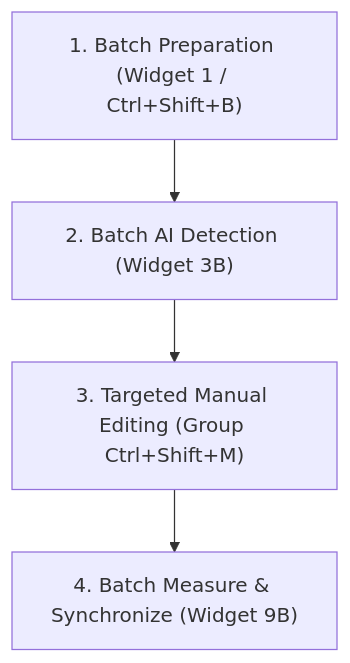
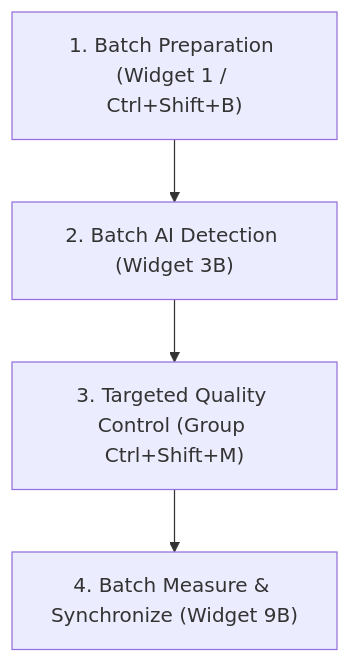
Before and after one commit to roxas-ai/napari-roxas-ai: the third of 3 diagrams in docs/tutorials/workflows.md, drawn with Mermaid. The commit also changed other lines of this file, not shown here.

Commit message:
Update workflows documentation: refine segmentation steps, clarify raster vs. vector editing, improve measurement descriptions, and add updated screenshots.

````diff
--- a/docs/tutorials/workflows.md
+++ b/docs/tutorials/workflows.md
@@ -211,6 +237,6 @@
 ```mermaid
 flowchart TD
     B1["1. Batch Preparation (Widget 1 / Ctrl+Shift+B)"] --> B2["2. Batch AI Detection (Widget 3B)"]
-    B2 --> B3["3. Targeted Manual Editing (Group Ctrl+Shift+M)"]
+    B2 --> B3["3. Targeted Quality Control (Group Ctrl+Shift+M)"]
     B3 --> B4["4. Batch Measure & Synchronize (Widget 9B)"]
 ```
````
